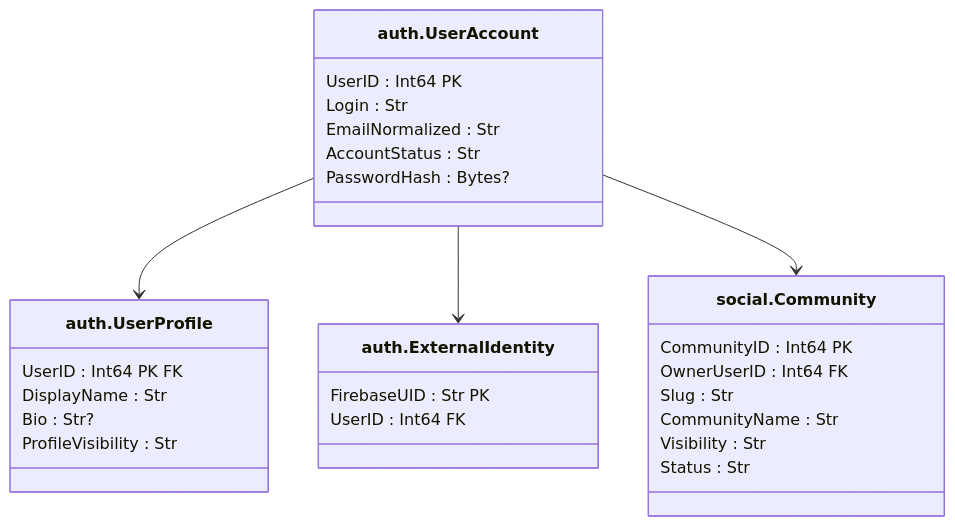
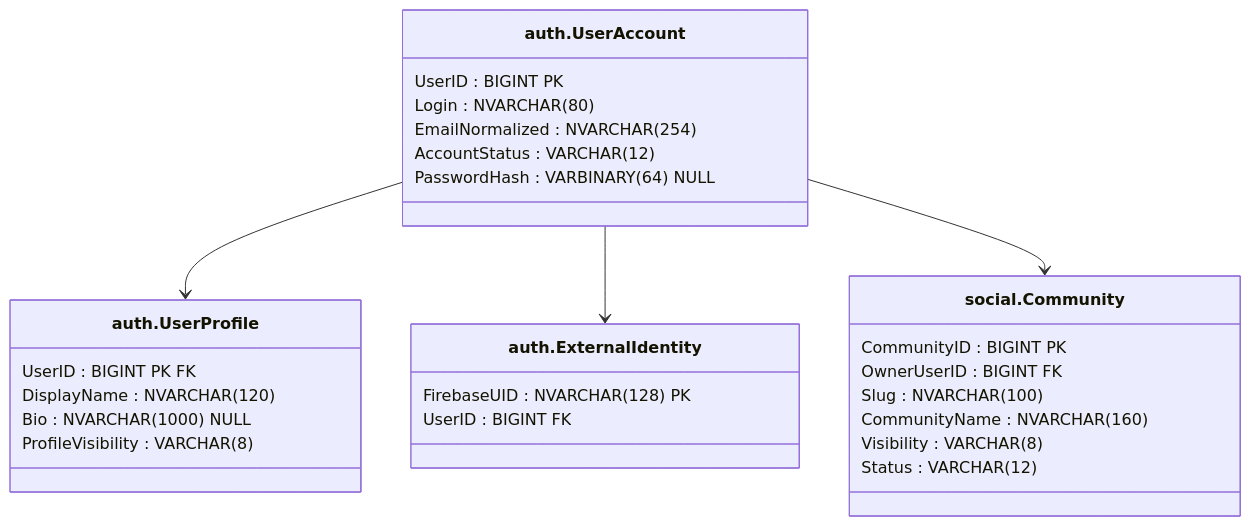
The first of 15 diagrams in 03SQL-CourseWork/architecture/database-model.md (lkeey/BIVT-labs), drawn with Mermaid before and after one commit. The commit also changed other lines of this file, not shown here.

Commit message:
docs(coursework): use exact T-SQL types in database diagrams

```diff
--- a/03SQL-CourseWork/architecture/database-model.md
+++ b/03SQL-CourseWork/architecture/database-model.md
@@ -13,32 +13,32 @@
 ~~~mermaid
 classDiagram
     direction TB
     class U["auth.UserAccount"] {
-        UserID : Int64 PK
-        Login : Str
-        EmailNormalized : Str
-        AccountStatus : Str
-        PasswordHash : Bytes?
+        UserID : BIGINT PK
+        Login : NVARCHAR#40;80#41;
+        EmailNormalized : NVARCHAR#40;254#41;
+        AccountStatus : VARCHAR#40;12#41;
+        PasswordHash : VARBINARY#40;64#41; NULL
     }
     class P["auth.UserProfile"] {
-        UserID : Int64 PK FK
-        DisplayName : Str
-        Bio : Str?
-        ProfileVisibility : Str
+        UserID : BIGINT PK FK
+        DisplayName : NVARCHAR#40;120#41;
+        Bio : NVARCHAR#40;1000#41; NULL
+        ProfileVisibility : VARCHAR#40;8#41;
     }
     class X["auth.ExternalIdentity"] {
-        FirebaseUID : Str PK
-        UserID : Int64 FK
+        FirebaseUID : NVARCHAR#40;128#41; PK
+        UserID : BIGINT FK
     }
     class C["social.Community"] {
-        CommunityID : Int64 PK
-        OwnerUserID : Int64 FK
-        Slug : Str
-        CommunityName : Str
-        Visibility : Str
-        Status : Str
+        CommunityID : BIGINT PK
+        OwnerUserID : BIGINT FK
+        Slug : NVARCHAR#40;100#41;
+        CommunityName : NVARCHAR#40;160#41;
+        Visibility : VARCHAR#40;8#41;
+        Status : VARCHAR#40;12#41;
     }
     U --> P
     U --> X
     U --> C
 ~~~
```
